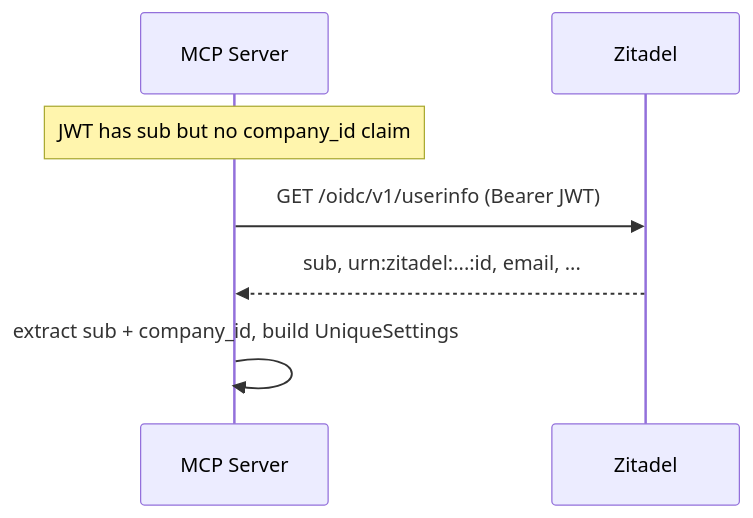
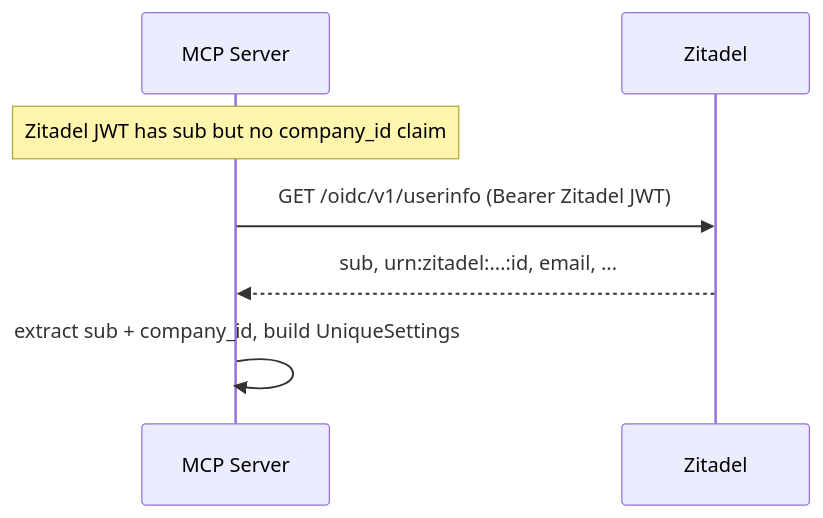
The third of 4 diagrams in unique_mcp/README.md (Unique-AG/ai), drawn with Mermaid before and after one commit. The commit also changed other lines of this file, not shown here.

First line of the commit message:
docs(unique-mcp): correct auth flow to show token swap pattern

````diff
--- a/unique_mcp/README.md
+++ b/unique_mcp/README.md
@@ -121,10 +136,10 @@
 ```mermaid
 sequenceDiagram
     participant MCP as MCP Server
     participant Zitadel
 
-    Note over MCP: JWT has sub but no company_id claim
-    MCP->>Zitadel: GET /oidc/v1/userinfo (Bearer JWT)
+    Note over MCP: Zitadel JWT has sub but no company_id claim
+    MCP->>Zitadel: GET /oidc/v1/userinfo (Bearer Zitadel JWT)
     Zitadel-->>MCP: sub, urn:zitadel:...:id, email, ...
     MCP->>MCP: extract sub + company_id, build UniqueSettings
 ```
````
